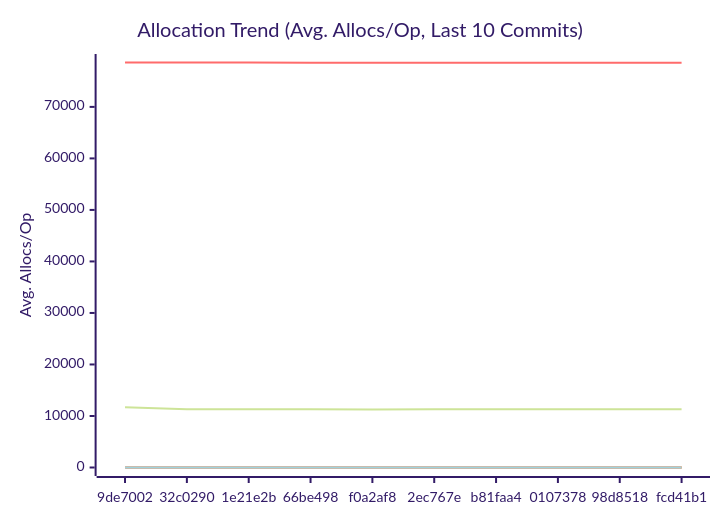
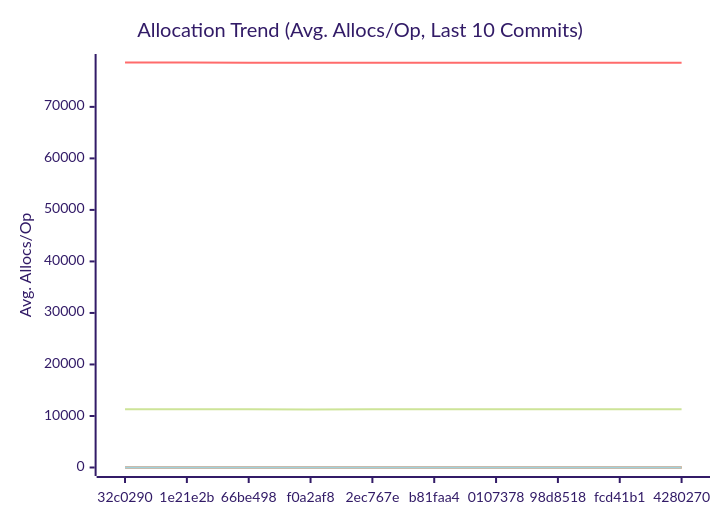
One commit to alsotoes/momo changed the third of 3 diagrams in docs/PERFORMANCE.md. Above: the diagram before and after it, drawn with Mermaid (forest theme). The commit also changed other lines of this file and 3 other files, not shown here.

````diff
--- a/docs/PERFORMANCE.md
+++ b/docs/PERFORMANCE.md
@@ -197,20 +197,20 @@
 ```mermaid
 xychart-beta
     title "Allocation Trend (Avg. Allocs/Op, Last 10 Commits)"
     x-axis "Commit"
     y-axis "Avg. Allocs/Op"
-    x-axis [9de7002,32c0290,1e21e2b,66be498,f0a2af8,2ec767e,b81faa4,0107378,98d8518,fcd41b1]
-    line "AWSChunkedReaderSigned" [11705,11290,11320,11284,11279,11295,11290,11295,11316,11301]
-    line "AWSChunkedReaderUnsigned" [78616,78594,78612,78570,78565,78569,78578,78577,78586,78579]
+    x-axis [32c0290,1e21e2b,66be498,f0a2af8,2ec767e,b81faa4,0107378,98d8518,fcd41b1,4280270]
+    line "AWSChunkedReaderSigned" [11290,11320,11284,11279,11295,11290,11295,11316,11301,11294]
+    line "AWSChunkedReaderUnsigned" [78594,78612,78570,78565,78569,78578,78577,78586,78579,78587]
     line "CheckMetricsAndSwap" [0,0,0,0,0,0,0,0,0,0]
     line "CrushOptimized" [0,0,0,0,0,0,0,0,0,0]
     line "CrushOriginal" [3,3,3,3,3,3,3,3,3,3]
     line "IndexDirectTracking" [0,0,0,0,0,0,0,0,0,0]
     line "IndexSearch" [0,0,0,0,0,0,0,0,0,0]
     line "LoadGlobalConfig" [46,46,46,46,46,46,46,46,46,46]
     line "PadString" [1,1,1,1,1,1,1,1,1,1]
     line "ParseReplicationOrder_NoPrealloc" [6,6,6,6,6,5,5,5,5,5]
     line "ParseReplicationOrder_Prealloc" [2,2,2,2,2,1,1,1,1,1]
     line "SanitizeLog/Safe" [0,0,0,0,0,0,0,0,0,0]
     line "SanitizeLog/Unsafe" [1,1,1,1,1,1,1,1,1,1]
 ```
````
